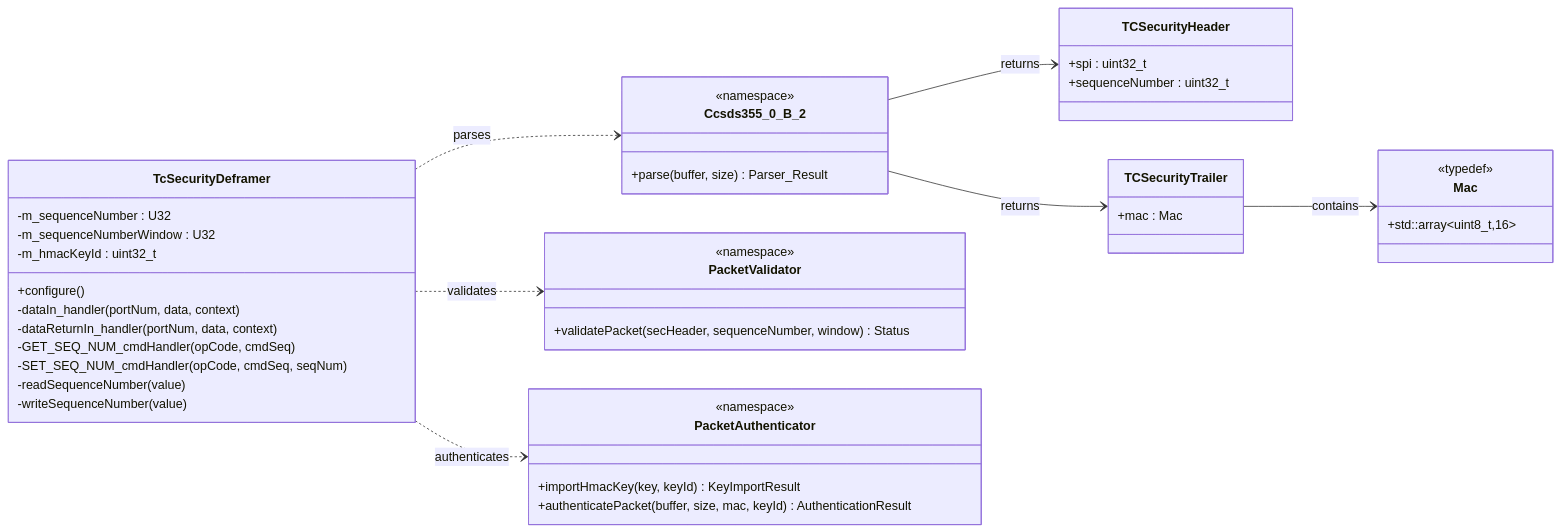
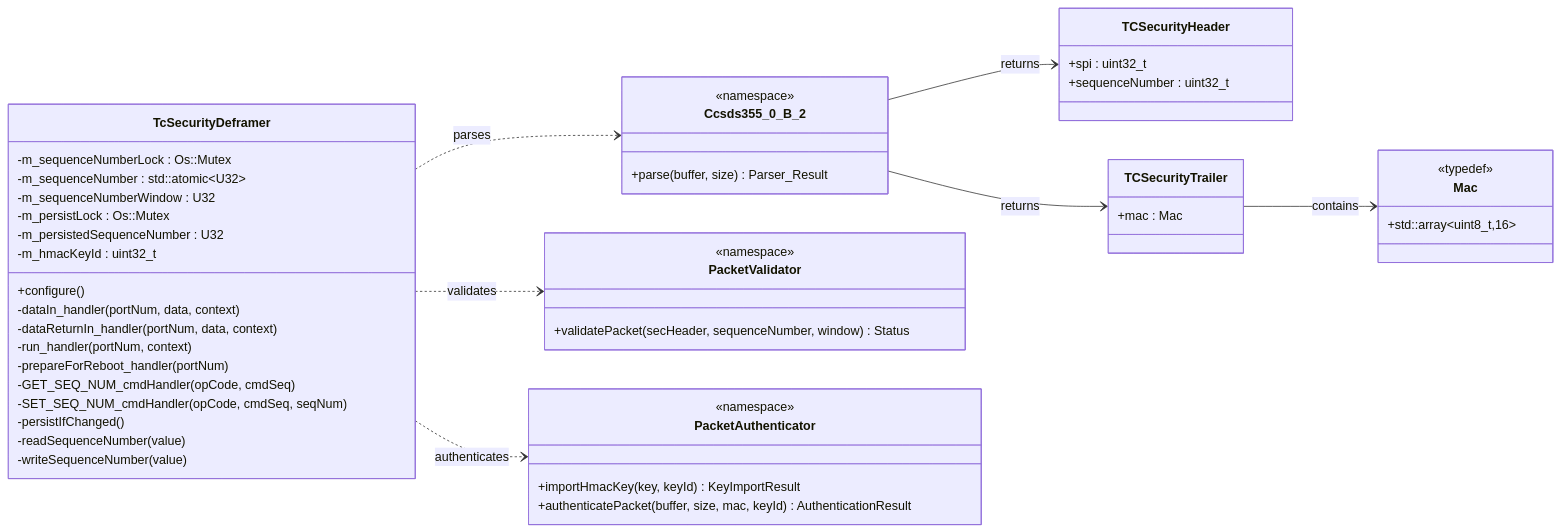
The diagram in PROVESFlightControllerReference/Components/TcSecurityDeframer/docs/sdd.md (Open-Source-Space-Foundation/proves-core-reference), drawn with Mermaid before and after one commit. The commit also changed other lines of this file and 56 other files, not shown here.

````diff
--- a/PROVESFlightControllerReference/Components/TcSecurityDeframer/docs/sdd.md
+++ b/PROVESFlightControllerReference/Components/TcSecurityDeframer/docs/sdd.md
@@ -31,54 +33,60 @@
 ```mermaid
 classDiagram
 direction LR
 
 class TcSecurityDeframer {
   +configure()
   -dataIn_handler(portNum, data, context)
   -dataReturnIn_handler(portNum, data, context)
+  -run_handler(portNum, context)
+  -prepareForReboot_handler(portNum)
   -GET_SEQ_NUM_cmdHandler(opCode, cmdSeq)
   -SET_SEQ_NUM_cmdHandler(opCode, cmdSeq, seqNum)
+  -persistIfChanged()
   -readSequenceNumber(value)
   -writeSequenceNumber(value)
-  -m_sequenceNumber : U32
+  -m_sequenceNumberLock : Os::Mutex
+  -m_sequenceNumber : std::atomic~U32~
   -m_sequenceNumberWindow : U32
+  -m_persistLock : Os::Mutex
+  -m_persistedSequenceNumber : U32
   -m_hmacKeyId : uint32_t
 }
 
 class Ccsds355_0_B_2 {
   <<namespace>>
   +parse(buffer, size) Parser_Result
 }
 
 class PacketValidator {
   <<namespace>>
   +validatePacket(secHeader, sequenceNumber, window) Status
 }
 
 class PacketAuthenticator {
   <<namespace>>
   +importHmacKey(key, keyId) KeyImportResult
   +authenticatePacket(buffer, size, mac, keyId) AuthenticationResult
 }
 
 class TCSecurityHeader {
   +spi : uint32_t
   +sequenceNumber : uint32_t
 }
 
 class TCSecurityTrailer {
   +mac : Mac
 }
 
 class Mac {
   <<typedef>>
   +std::array~uint8_t,16~
 }
 
 TcSecurityDeframer ..> Ccsds355_0_B_2 : parses
 TcSecurityDeframer ..> PacketValidator : validates
 TcSecurityDeframer ..> PacketAuthenticator : authenticates
 Ccsds355_0_B_2 --> TCSecurityHeader : returns
 Ccsds355_0_B_2 --> TCSecurityTrailer : returns
 TCSecurityTrailer --> Mac : contains
 ```
````
